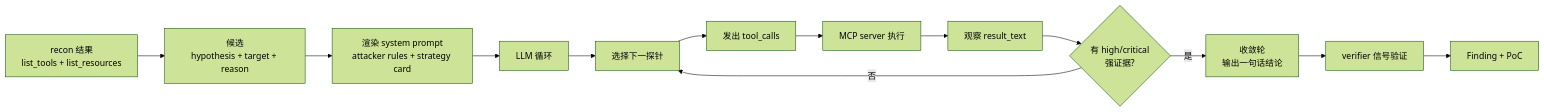
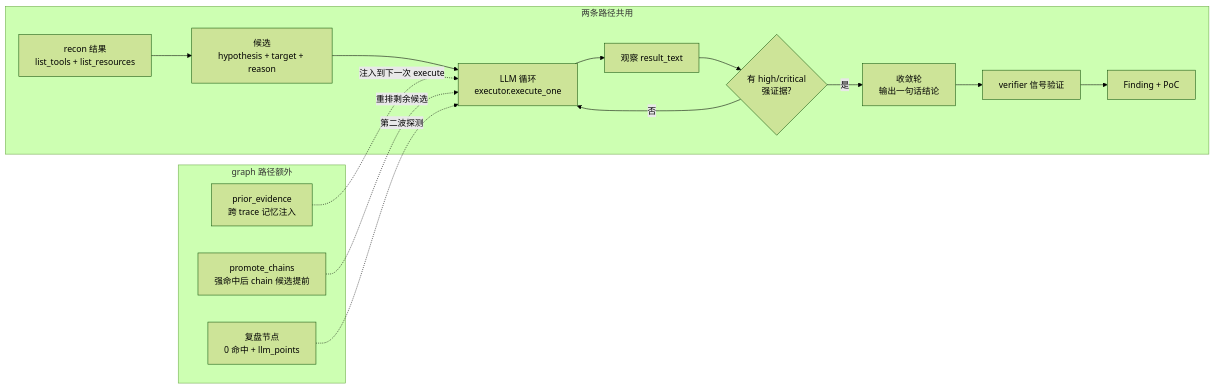
The diagram in docs/agent_chain.md (AKArrok/McPwn), drawn with Mermaid (forest theme) before and after one commit. The commit also changed other lines of this file and 5 other files, not shown here.

First line of the commit message:
docs: 文档体系升级 - graph 双路径 agent 链路 + 防幻觉机制 + 评估导航

````diff
--- a/docs/agent_chain.md
+++ b/docs/agent_chain.md
@@ -29,15 +35,22 @@
 ```mermaid
 flowchart LR
+    subgraph 两条路径共用
     R[recon 结果<br/>list_tools + list_resources] --> C[候选<br/>hypothesis + target + reason]
-    C --> S[渲染 system prompt<br/>attacker rules + strategy card]
-    S --> L[LLM 循环]
-    L --> P[选择下一探针]
-    P --> T[发出 tool_calls]
-    T --> M[MCP server 执行]
-    M --> O[观察 result_text]
+    C --> L[LLM 循环<br/>executor.execute_one]
+    L --> O[观察 result_text]
     O --> J{有 high/critical<br/>强证据?}
-    J -- 否 --> P
+    J -- 否 --> L
     J -- 是 --> F[收敛轮<br/>输出一句话结论]
     F --> V[verifier 信号验证]
     V --> G[Finding + PoC]
+    end
+
+    subgraph graph 路径额外
+    MEM[prior_evidence<br/>跨 trace 记忆注入]
+    MEM -. 注入到下一次 execute .-> L
+    P[promote_chains<br/>强命中后 chain 候选提前]
+    P -. 重排剩余候选 .-> L
+    RETRO[复盘节点<br/>0 命中 + llm_points]
+    RETRO -. 第二波探测 .-> L
+    end
 ```
````
